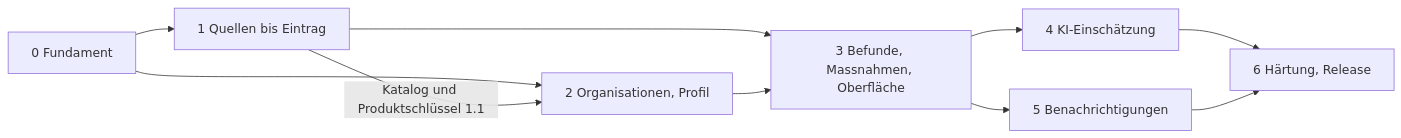
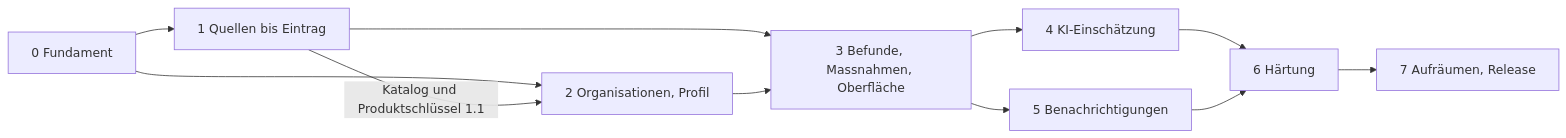
Before and after one commit to NicoM77/Ardea: the diagram in docs/masterplan/14-umsetzungsphasen.md, drawn with Mermaid. The commit also changed other lines of this file and 6 other files, not shown here.

````diff
--- a/docs/masterplan/14-umsetzungsphasen.md
+++ b/docs/masterplan/14-umsetzungsphasen.md
@@ -22,12 +23,13 @@
 ```mermaid
 flowchart LR
   P0[0 Fundament] --> P1[1 Quellen bis Eintrag]
   P0 --> P2[2 Organisationen, Profil]
   P1 -- Katalog und Produktschlüssel 1.1 --> P2
   P1 --> P3[3 Befunde, Massnahmen, Oberfläche]
   P2 --> P3
   P3 --> P4[4 KI-Einschätzung]
   P3 --> P5[5 Benachrichtigungen]
-  P4 --> P6[6 Härtung, Release]
+  P4 --> P6[6 Härtung]
   P5 --> P6
+  P6 --> P7[7 Aufräumen, Release]
 ```
````
